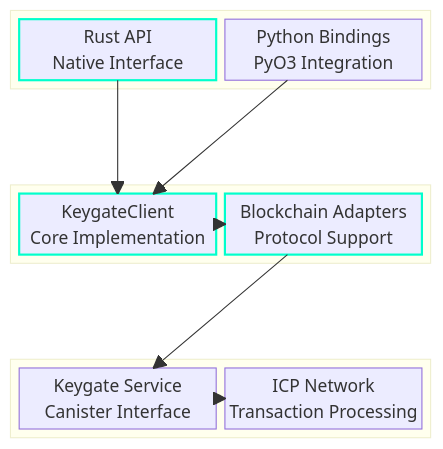
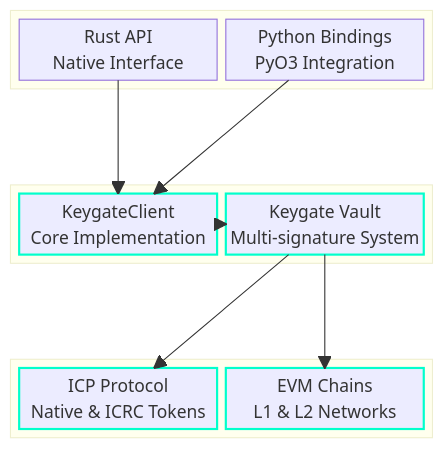
One commit to keygate-vault/sdk changed the first of 2 diagrams in README.md. Above: the diagram before and after it, drawn with Mermaid. The commit also changed other lines of this file, not shown here.

````diff
--- a/README.md
+++ b/README.md
@@ -18,26 +18,27 @@
 ```mermaid
 block-beta
   columns 1
-    block:SDK_INTERFACE
+    block:SDK_LAYER
       rust["Rust API<br/>Native Interface"]
       python["Python Bindings<br/>PyO3 Integration"]
     end
     space
     block:CORE
       client["KeygateClient<br/>Core Implementation"]
-      adapters["Blockchain Adapters<br/>Protocol Support"]
+      vault["Keygate Vault<br/>Multi-signature System"]
     end
     space
-    block:INFRASTRUCTURE
-      keygate["Keygate Service<br/>Canister Interface"]
-      icp["ICP Network<br/>Transaction Processing"]
+    block:BLOCKCHAIN_ADAPTERS
+      icp["ICP Protocol<br/>Native & ICRC Tokens"]
+      evm["EVM Chains<br/>L1 & L2 Networks"]
     end
     rust --> client
     python --> client
-    client --> adapters
-    adapters --> keygate
-    keygate --> icp
+    client --> vault
+    vault --> icp
+    vault --> evm
     style client stroke:#00ffcc,stroke-width:2px
-    style adapters stroke:#00ffcc,stroke-width:2px
-    style rust stroke:#00ffcc,stroke-width:2px
+    style vault stroke:#00ffcc,stroke-width:2px
+    style icp stroke:#00ffcc,stroke-width:2px
+    style evm stroke:#00ffcc,stroke-width:2px
 ```
````
